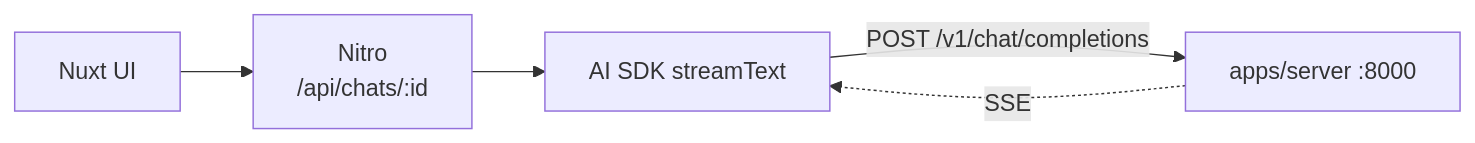
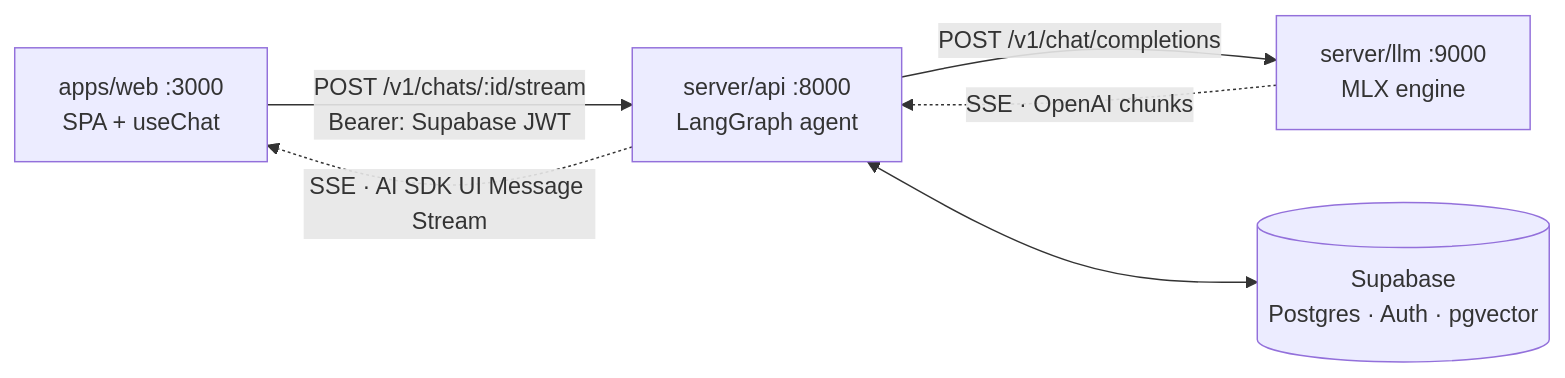
Before and after one commit to terryong31/nuxt-chat-open-llm: the diagram in CLAUDE.md, drawn with Mermaid. The commit also changed other lines of this file and 8 other files, not shown here.

First line of the commit message:
docs: document the three-process architecture, record ADR 0006

````diff
--- a/CLAUDE.md
+++ b/CLAUDE.md
@@ -27,7 +31,13 @@
 ```mermaid
 flowchart LR
-    UI["Nuxt UI"] --> N["Nitro<br/>/api/chats/:id"]
-    N --> S["AI SDK streamText"]
-    S -- "POST /v1/chat/completions" --> P["apps/server :8000"]
-    P -. "SSE" .-> S
+    UI["apps/web :3000<br/>SPA + useChat"]
+    G["server/api :8000<br/>LangGraph agent"]
+    E["server/llm :9000<br/>MLX engine"]
+    S[("Supabase<br/>Postgres · Auth · pgvector")]
+
+    UI -- "POST /v1/chats/:id/stream<br/>Bearer: Supabase JWT" --> G
+    G -. "SSE · AI SDK UI Message Stream" .-> UI
+    G -- "POST /v1/chat/completions" --> E
+    E -. "SSE · OpenAI chunks" .-> G
+    G <--> S
 ```
````
